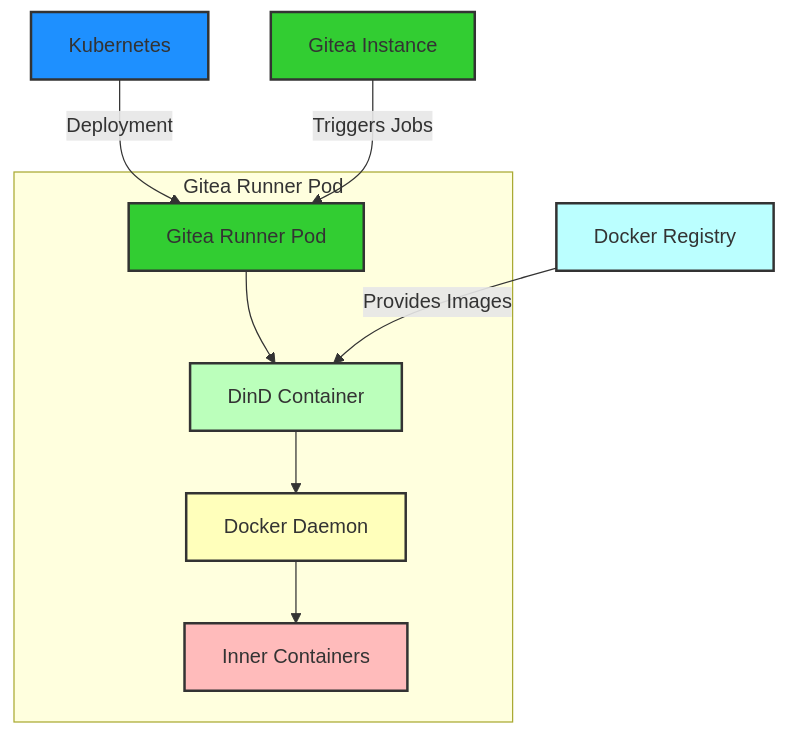
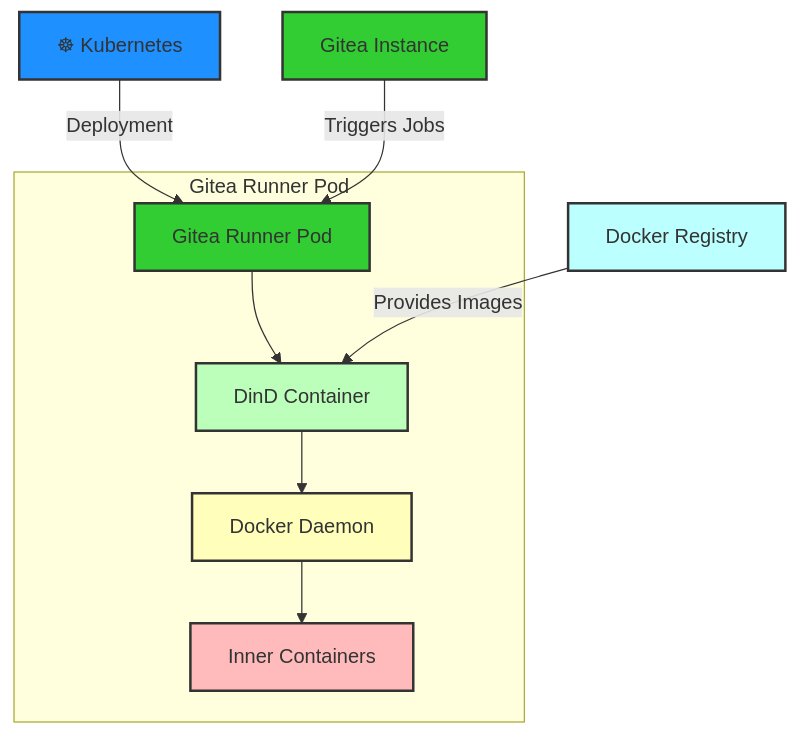
Before and after one commit to H0llyW00dzZ/My-RESTAPIs-Boilerplate: the diagram in k8s-deployment/Gitea-Runner.md, drawn with Mermaid.

Commit message:
Update Kubernetes representation
- [+] docs(Gitea-Runner.md): update Kubernetes representation in diagram with a Kubernetes logo

````diff
--- a/k8s-deployment/Gitea-Runner.md
+++ b/k8s-deployment/Gitea-Runner.md
@@ -16,21 +16,21 @@
 ```mermaid
 graph TD;
-    A[Kubernetes] -->|Deployment| B[Gitea Runner Pod]
+    A[☸ Kubernetes] -->|Deployment| B[Gitea Runner Pod]
     
     subgraph Gitea Runner Pod
         B --> C[DinD Container]
         C --> D[Docker Daemon]
         D --> E[Inner Containers]
     end
     
     F[Gitea Instance] -->|Triggers Jobs| B
     G[Docker Registry] -->|Provides Images| C
     
     style A fill:#1e90ff,stroke:#333,stroke-width:2px;
     style B fill:#32cd32,stroke:#333,stroke-width:2px;
     style C fill:#bfb,stroke:#333,stroke-width:2px;
     style D fill:#ffb,stroke:#333,stroke-width:2px;
     style E fill:#fbb,stroke:#333,stroke-width:2px;
     style F fill:#32cd32,stroke:#333,stroke-width:2px;
     style G fill:#bff,stroke:#333,stroke-width:2px;
 ```
````
